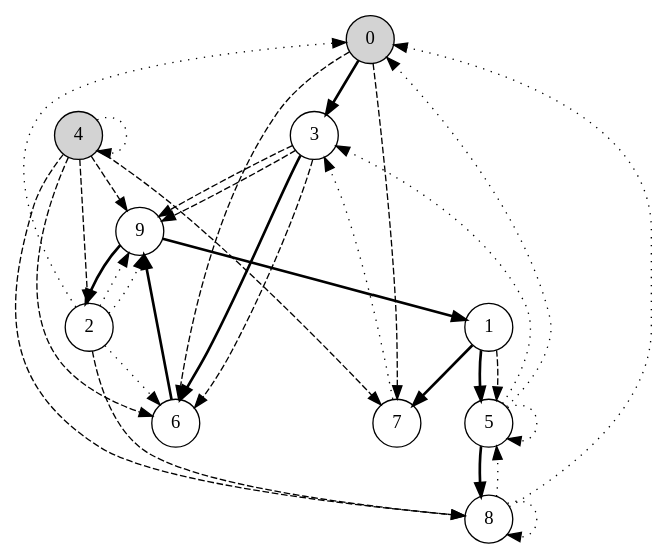
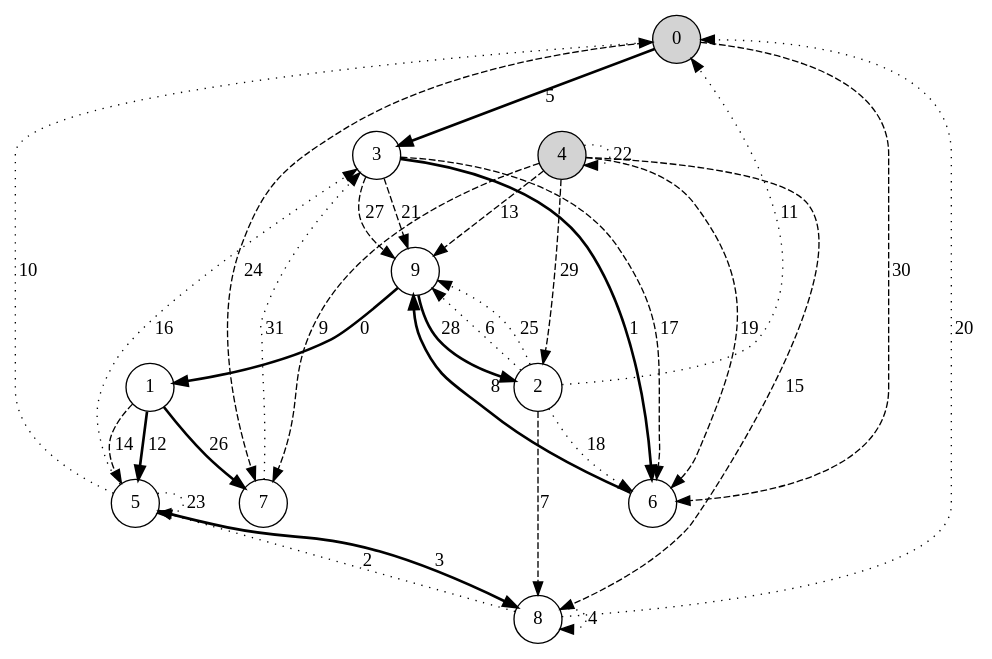
Before and after one commit to qbit86/arborescence: the diagram in src/Ubiquitous.Workbench/IndexedGraphs/04.gv, drawn with Graphviz. The commit also changed 1 other file, not shown here.

```diff
--- a/src/Ubiquitous.Workbench/IndexedGraphs/04.gv
+++ b/src/Ubiquitous.Workbench/IndexedGraphs/04.gv
@@ -1,37 +1,37 @@
 digraph "Boost DFS forest" {
   node [shape=circle]
   0 [style=filled]
   4 [style=filled]
-  9 -> 1 [style=bold]
-  3 -> 6 [style=bold]
-  8 -> 5 [style=dotted]
-  5 -> 8 [style=bold]
-  8 -> 8 [style=dotted]
-  0 -> 3 [style=bold]
-  2 -> 9 [style=dotted]
-  2 -> 8 [style=dashed]
-  6 -> 9 [style=bold]
-  4 -> 7 [style=dashed]
-  5 -> 0 [style=dotted]
-  2 -> 0 [style=dotted]
-  1 -> 5 [style=bold]
-  4 -> 9 [style=dashed]
-  1 -> 5 [style=dashed]
-  4 -> 8 [style=dashed]
-  5 -> 3 [style=dotted]
-  3 -> 6 [style=dashed]
-  2 -> 6 [style=dotted]
-  4 -> 6 [style=dashed]
-  8 -> 0 [style=dotted]
-  3 -> 9 [style=dashed]
-  4 -> 4 [style=dotted]
-  5 -> 5 [style=dotted]
-  0 -> 7 [style=dashed]
-  2 -> 9 [style=dotted]
-  1 -> 7 [style=bold]
-  3 -> 9 [style=dashed]
-  9 -> 2 [style=bold]
-  4 -> 2 [style=dashed]
-  0 -> 6 [style=dashed]
-  7 -> 3 [style=dotted]
+  9 -> 1 [label=0 style=bold]
+  3 -> 6 [label=1 style=bold]
+  8 -> 5 [label=2 style=dotted]
+  5 -> 8 [label=3 style=bold]
+  8 -> 8 [label=4 style=dotted]
+  0 -> 3 [label=5 style=bold]
+  2 -> 9 [label=6 style=dotted]
+  2 -> 8 [label=7 style=dashed]
+  6 -> 9 [label=8 style=bold]
+  4 -> 7 [label=9 style=dashed]
+  5 -> 0 [label=10 style=dotted]
+  2 -> 0 [label=11 style=dotted]
+  1 -> 5 [label=12 style=bold]
+  4 -> 9 [label=13 style=dashed]
+  1 -> 5 [label=14 style=dashed]
+  4 -> 8 [label=15 style=dashed]
+  5 -> 3 [label=16 style=dotted]
+  3 -> 6 [label=17 style=dashed]
+  2 -> 6 [label=18 style=dotted]
+  4 -> 6 [label=19 style=dashed]
+  8 -> 0 [label=20 style=dotted]
+  3 -> 9 [label=21 style=dashed]
+  4 -> 4 [label=22 style=dotted]
+  5 -> 5 [label=23 style=dotted]
+  0 -> 7 [label=24 style=dashed]
+  2 -> 9 [label=25 style=dotted]
+  1 -> 7 [label=26 style=bold]
+  3 -> 9 [label=27 style=dashed]
+  9 -> 2 [label=28 style=bold]
+  4 -> 2 [label=29 style=dashed]
+  0 -> 6 [label=30 style=dashed]
+  7 -> 3 [label=31 style=dotted]
 }
```
